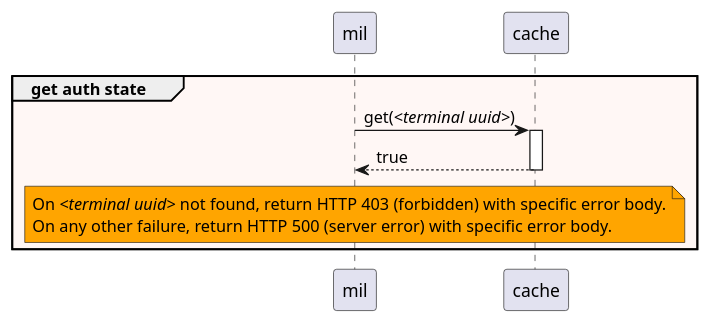
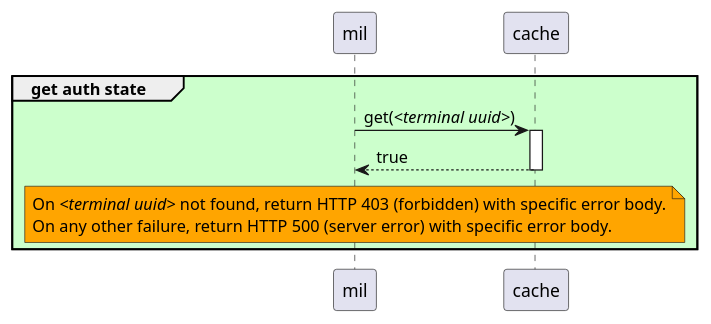
One commit to pagopa/mil-diags changed the diagram in sequence_diags/pagoPA/pos_management/get_auth_state.puml. Above: the diagram before and after it, drawn with PlantUML. The commit also changed 26 other files, not shown here.

```diff
--- a/sequence_diags/pagoPA/pos_management/get_auth_state.puml
+++ b/sequence_diags/pagoPA/pos_management/get_auth_state.puml
@@ -1,9 +1,9 @@
-group #FFF7F5 get auth state
+group #CCFFCC get auth state
     mil -> cache ++ : get(//<terminal uuid>//)
     cache --> mil -- : true
 
     note over mil #Orange
-		On //<terminal uuid>// not found, return HTTP 403 (forbidden) with specific error body.
-		On any other failure, return HTTP 500 (server error) with specific error body. 
+			On //<terminal uuid>// not found, return HTTP 403 (forbidden) with specific error body.
+			On any other failure, return HTTP 500 (server error) with specific error body. 
     end note
 end
```
